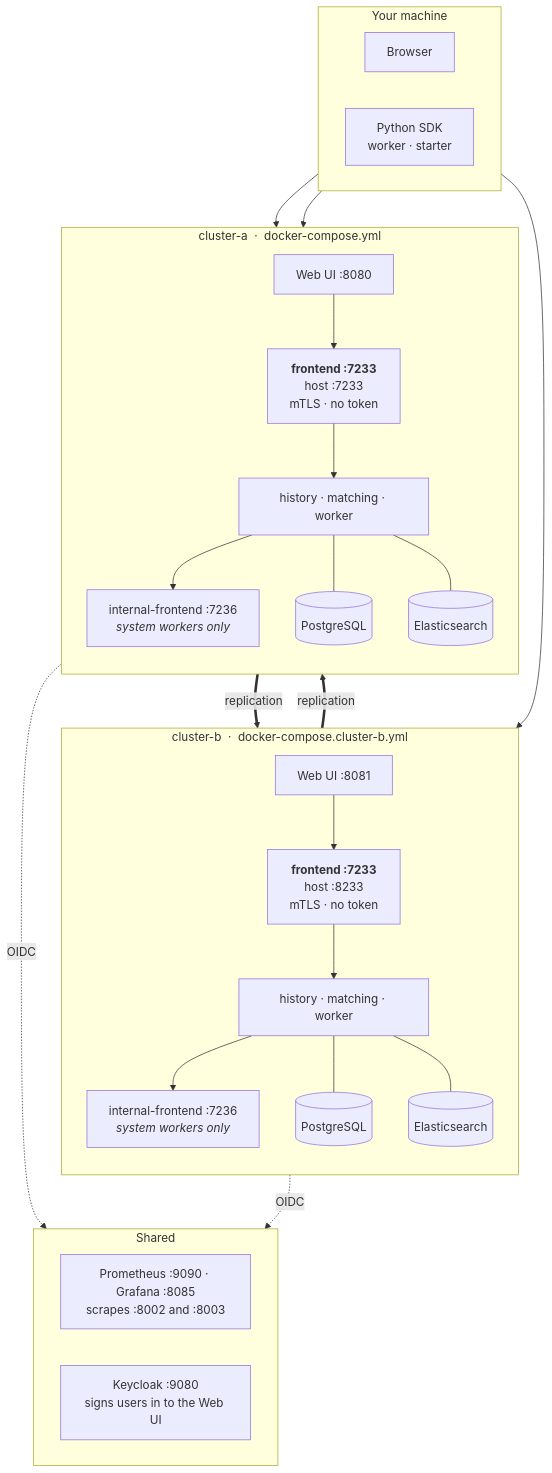
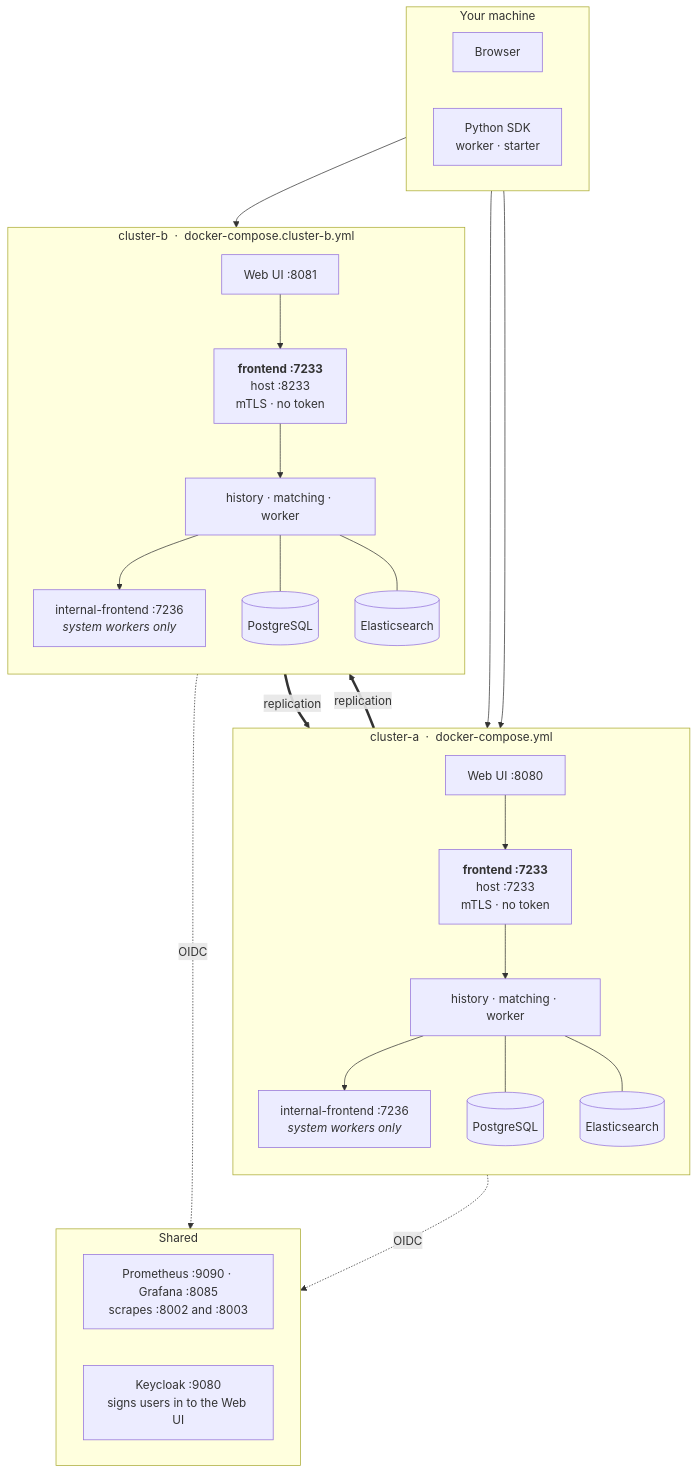
The first of 2 diagrams in README.md (adam-quan/temporal-replication-mtls), drawn with Mermaid before and after one commit. The commit also changed 2 other files, not shown here.

Commit message:
Rearrange the topology diagram: host on top, clusters, shared below
"Your machine" now spans the top, the two clusters sit side by side beneath
it, and "Shared" spans the bottom.

Getting there needed three invisible links, which are commented in the source
so they do not look like leftovers. The replication edges run between the two
cluster subgraphs, and dagre reads any such edge as a rank constraint, so it
was placing one cluster below the other and letting the Shared box drift up
into the gap. `CLA ~~~ CLB` puts the pair back on one rank; `IFA ~~~ PROM` and
`IFB ~~~ PROM` push Shared beneath both.

Drawing the replication link between the subgraphs themselves also aligns the
clusters, but Mermaid renders that as a floating label with no line, which
loses the one thing the diagram most needs to show. The invisible-link version
keeps both arrows visible and correctly anchored on the peer's frontend.

````diff
--- a/README.md
+++ b/README.md
@@ -41,55 +41,61 @@
 ```mermaid
 flowchart TB
     subgraph HOST["Your machine"]
         direction LR
         BROWSER["Browser"]
         SDK["Python SDK<br/>worker · starter"]
-    end
-
-    subgraph CLB["cluster-b &nbsp;·&nbsp; docker-compose.cluster-b.yml"]
-        direction TB
-        UIB["Web UI :8081"]
-        FB["<b>frontend :7233</b><br/>host :8233<br/>mTLS · no token"]
-        COREB["history · matching · worker"]
-        IFB["internal-frontend :7236<br/><i>system workers only</i>"]
-        PGB[("PostgreSQL")]
-        ESB[("Elasticsearch")]
     end
 
     subgraph CLA["cluster-a &nbsp;·&nbsp; docker-compose.yml"]
         direction TB
         UIA["Web UI :8080"]
         FA["<b>frontend :7233</b><br/>host :7233<br/>mTLS · no token"]
         COREA["history · matching · worker"]
         IFA["internal-frontend :7236<br/><i>system workers only</i>"]
         PGA[("PostgreSQL")]
         ESA[("Elasticsearch")]
     end
+    subgraph CLB["cluster-b &nbsp;·&nbsp; docker-compose.cluster-b.yml"]
+        direction TB
+        UIB["Web UI :8081"]
+        FB["<b>frontend :7233</b><br/>host :8233<br/>mTLS · no token"]
+        COREB["history · matching · worker"]
+        IFB["internal-frontend :7236<br/><i>system workers only</i>"]
+        PGB[("PostgreSQL")]
+        ESB[("Elasticsearch")]
+    end
 
     subgraph SHARED["Shared"]
         direction LR
         PROM["Prometheus :9090 · Grafana :8085<br/>scrapes :8002 and :8003"]
         KC["Keycloak :9080<br/>signs users in to the Web UI"]
     end
 
+    BROWSER --> UIA
     BROWSER --> UIB
-    BROWSER --> UIA
     SDK --> FA
 
     UIA --> FA
     UIB --> FB
     FA --> COREA
     FB --> COREB
     COREA --> IFA
     COREB --> IFB
     COREA --- PGA
     COREA --- ESA
     COREB --- PGB
     COREB --- ESB
 
     COREA ==>|"replication"| FB
     COREB ==>|"replication"| FA
 
+    %% Invisible links, purely for layout. Without the first, the replication
+    %% edges make dagre rank one cluster below the other and the pair comes out
+    %% staggered; without the other two, the Shared box drifts up beside them.
+    CLA ~~~ CLB
+    IFA ~~~ PROM
+    IFB ~~~ PROM
+
     UIA -.->|OIDC| KC
     UIB -.->|OIDC| KC
 ```
````
